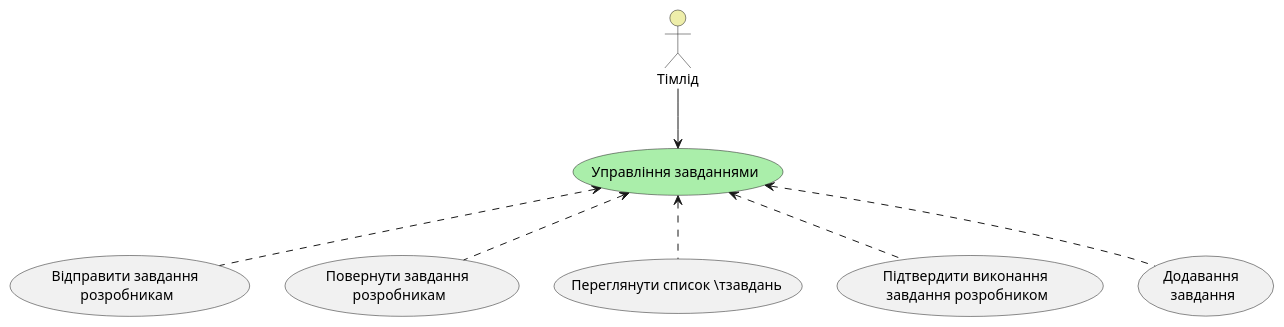
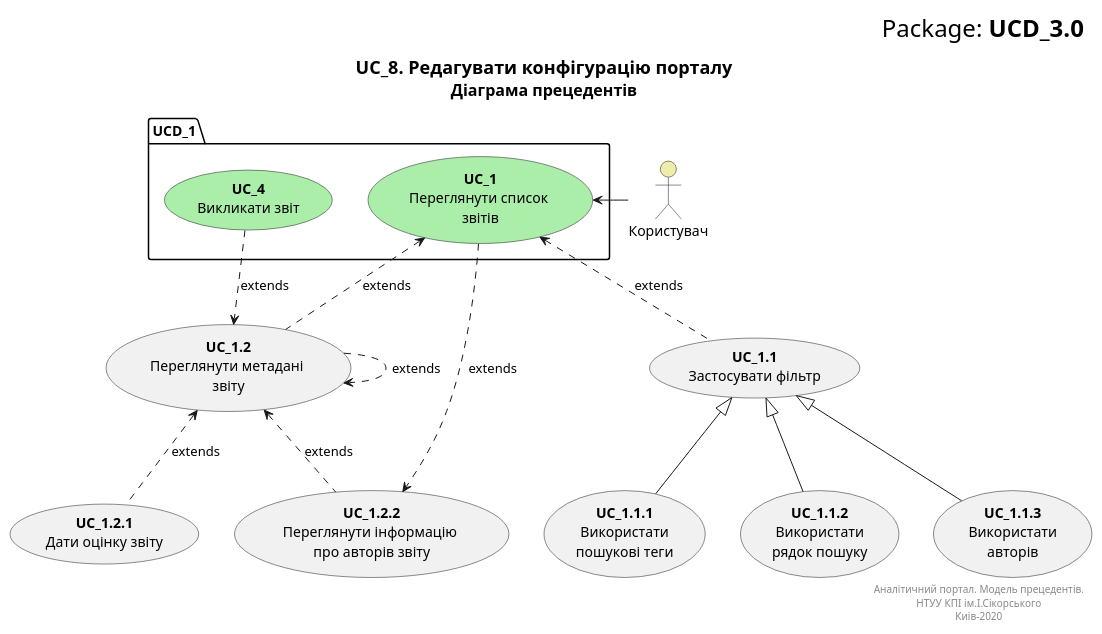
One commit to edu-db/edu_db_labs changed the second of 9 diagrams in docs/use cases/README.md. Above: the diagram before and after it, drawn with PlantUML. The commit also changed other lines of this file, not shown here.

```diff
--- a/docs/use cases/README.md
+++ b/docs/use cases/README.md
@@ -71,19 +91,54 @@
 @startuml
 
-    actor "Тімлід" as Timlid #eeeeaa
+    right header
+        <font size=24 color=black>Package: <b>UCD_3.0
+    end header
 
-    usecase "Управління завданнями" as UC_5.1 #aaeeaa
-    usecase "Відправити завдання \nрозробникам" as UC_1
-    usecase "Повернути завдання \nрозробникам" as UC_2
-    usecase "Переглянути список \тзавдань" as UC_3
-    usecase "Підтвердити виконання \nзавдання розробником" as UC_4
-     usecase "Додавання \nзавдання" as UC_5
+    title
+        <font size=18 color=black>UC_8. Редагувати конфігурацію порталу
+        <font size=16 color=black>Діаграма прецедентів
+    end title
 
-    Timlid -d-> UC_5.1
-    UC_1 .u.> UC_5.1
-    UC_2 .u.> UC_5.1
-    UC_3 .u.> UC_5.1
-    UC_4 .u.> UC_5.1
-    UC_5 .u.> UC_5.1
+
+    actor "Користувач" as User #eeeeaa
+    
+    package UCD_1{
+        usecase "<b>UC_1</b>\nПереглянути список \nзвітів" as UC_1 #aaeeaa
+    }
+    
+    usecase "<b>UC_1.1</b>\nЗастосувати фільтр" as UC_1.1
+    usecase "<b>UC_1.2</b>\nПереглянути метадані \nзвіту" as UC_1.2  
+    usecase "<b>UC_1.2.1</b>\nДати оцінку звіту" as UC_1.2.1  
+    usecase "<b>UC_1.2.2</b>\nПереглянути інформацію \nпро авторів звіту" as UC_1.2.2
+    
+    package UCD_1 {
+        usecase "<b>UC_4</b>\nВикликати звіт" as UC_4 #aaeeaa
+    }
+    
+    usecase "<b>UC_1.1.1</b>\n Використати \nпошукові теги" as UC_1.1.1  
+    usecase "<b>UC_1.1.2</b>\n Використати \nрядок пошуку" as UC_1.1.2
+    usecase "<b>UC_1.1.3</b>\n Використати \nавторів" as UC_1.1.3  
+    
+    
+    
+    User -> UC_1
+    UC_1.1 .u.> UC_1 :extends
+    UC_1.2 .u.> UC_1 :extends
+    UC_4 .d.> UC_1.2 :extends
+    UC_1.2 .> UC_1.2 :extends
+    UC_1.2.1 .u.> UC_1.2 :extends
+    UC_1.2.2 .u.> UC_1.2 :extends
+    UC_1 ..> UC_1.2.2 :extends
+    
+    
+    UC_1.1.1 -u-|> UC_1.1
+    UC_1.1.2 -u-|> UC_1.1
+    UC_1.1.3 -u-|> UC_1.1
+    
+    right footer
+        Аналітичний портал. Модель прецедентів.
+        НТУУ КПІ ім.І.Сікорського
+        Киів-2020
+    end footer
 
 @enduml
```
